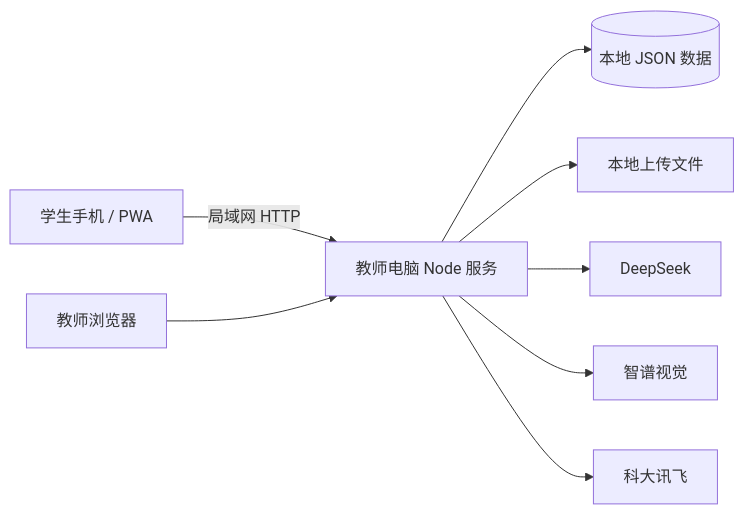
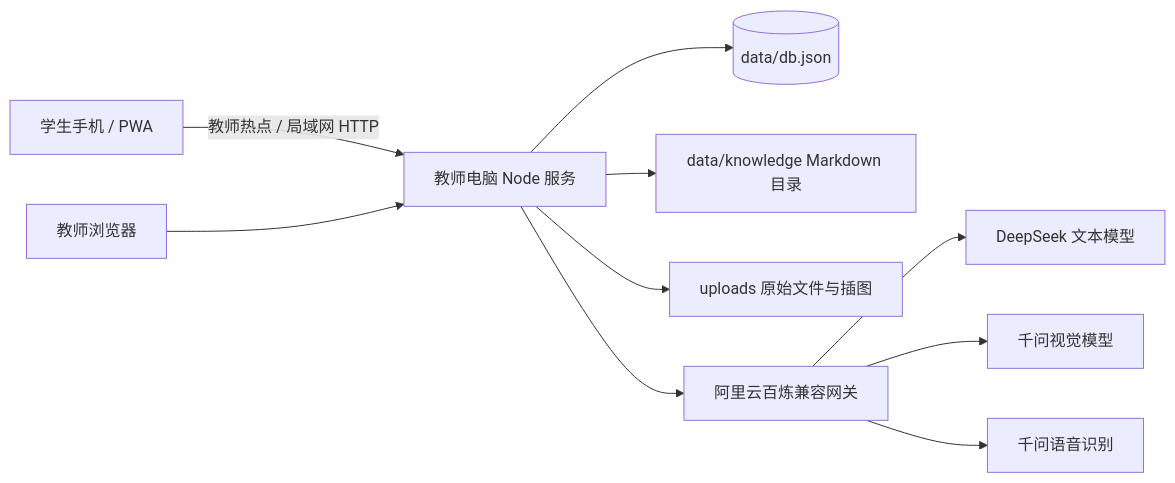
The diagram in README.md (farlater/zhixing-ai-teaching-assistant), drawn with Mermaid before and after one commit. The commit also changed other lines of this file and 28 other files, not shown here.

````diff
--- a/README.md
+++ b/README.md
@@ -37,10 +22,12 @@
 ```mermaid
 flowchart LR
-    S[学生手机 / PWA] -->|局域网 HTTP| T[教师电脑 Node 服务]
+    S[学生手机 / PWA] -->|教师热点 / 局域网 HTTP| T[教师电脑 Node 服务]
     W[教师浏览器] --> T
-    T --> D[(本地 JSON 数据)]
-    T --> F[本地上传文件]
-    T --> DS[DeepSeek]
-    T --> ZV[智谱视觉]
-    T --> XF[科大讯飞]
+    T --> D[(data/db.json)]
+    T --> K[data/knowledge Markdown 目录]
+    T --> F[uploads 原始文件与插图]
+    T --> B[阿里云百炼兼容网关]
+    B --> DS[DeepSeek 文本模型]
+    B --> VL[千问视觉模型]
+    B --> ASR[千问语音识别]
 ```
````
